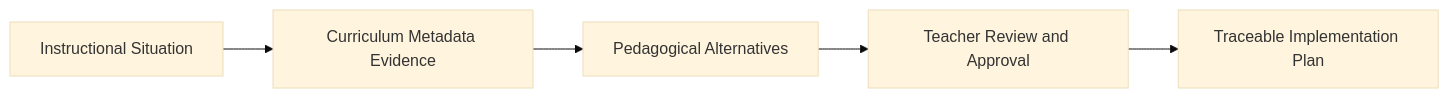
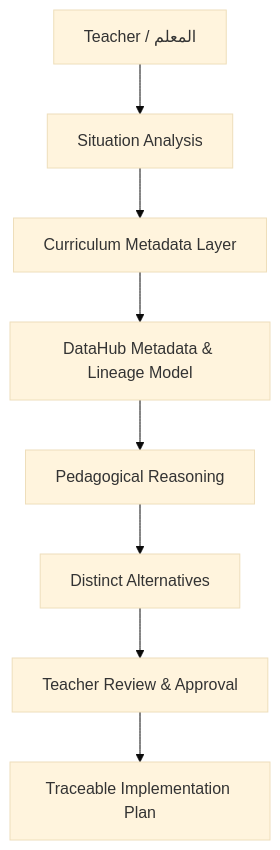
The diagram in README.md (Zahraishag/zahraa-teacher-decision-lab-ai), drawn with Mermaid (base theme) before and after one commit. The commit also changed other lines of this file and 10 other files, not shown here.

Commit message:
Prepare final DataHub hackathon submission

````diff
--- a/README.md
+++ b/README.md
@@ -53,7 +94,10 @@
 ```mermaid
-flowchart LR
-    A[Instructional Situation] --> B[Curriculum Metadata Evidence]
-    B --> C[Pedagogical Alternatives]
-    C --> D[Teacher Review and Approval]
-    D --> E[Traceable Implementation Plan]
+flowchart TD
+    A[Teacher / المعلم] --> B[Situation Analysis]
+    B --> C[Curriculum Metadata Layer]
+    C --> D[DataHub Metadata & Lineage Model]
+    D --> E[Pedagogical Reasoning]
+    E --> F[Distinct Alternatives]
+    F --> G[Teacher Review & Approval]
+    G --> H[Traceable Implementation Plan]
 ```
````
